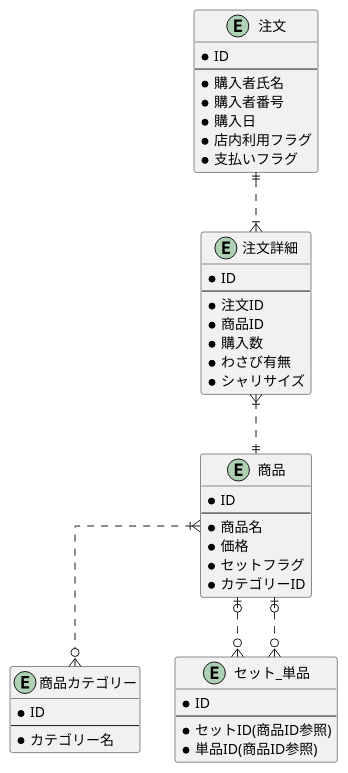
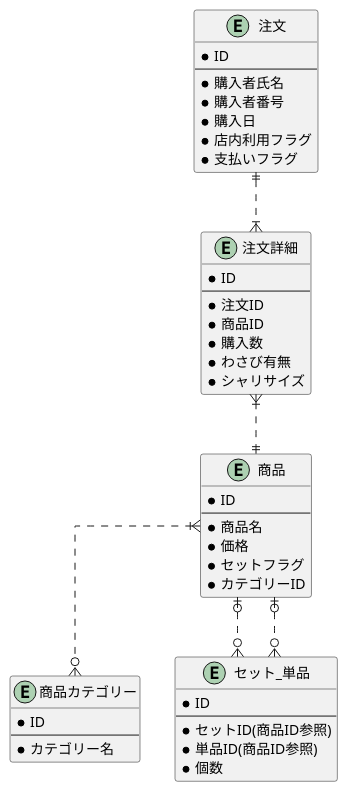
One commit to yudai64/PrAha-Challenge changed the diagram in DB/01/ER.puml. Above: the diagram before and after it, drawn with PlantUML. The commit also changed 1 other file, not shown here.

```diff
--- a/DB/01/ER.puml
+++ b/DB/01/ER.puml
@@ -1,57 +1,58 @@
 @startuml
 
 ' hide the spot
 ' hide circle
 
 ' avoid problems with angled crows feet
 skinparam linetype ortho
 
 entity "注文" {
     *ID
     --
     *購入者氏名
     *購入者番号
     *購入日
     *店内利用フラグ
     *支払いフラグ
 }
 
 entity "注文詳細" {
     *ID
     --
     *注文ID
     *商品ID
     *購入数
     *わさび有無
     *シャリサイズ
 }
 
 entity "商品" {
     *ID
     --
     *商品名
     *価格
     *セットフラグ
     *カテゴリーID
 }
 
 entity "商品カテゴリー" {
     *ID
     --
     *カテゴリー名
 }
 
 entity "セット_単品" {
     *ID
     --
     *セットID(商品ID参照)
     *単品ID(商品ID参照)
+    *個数
 }
 
 注文 ||..|{ 注文詳細
 注文詳細 }|..|| 商品
 商品 }|..o{ 商品カテゴリー
 商品 |o..o{ セット_単品
 商品 |o..o{ セット_単品
 
 @enduml
```
